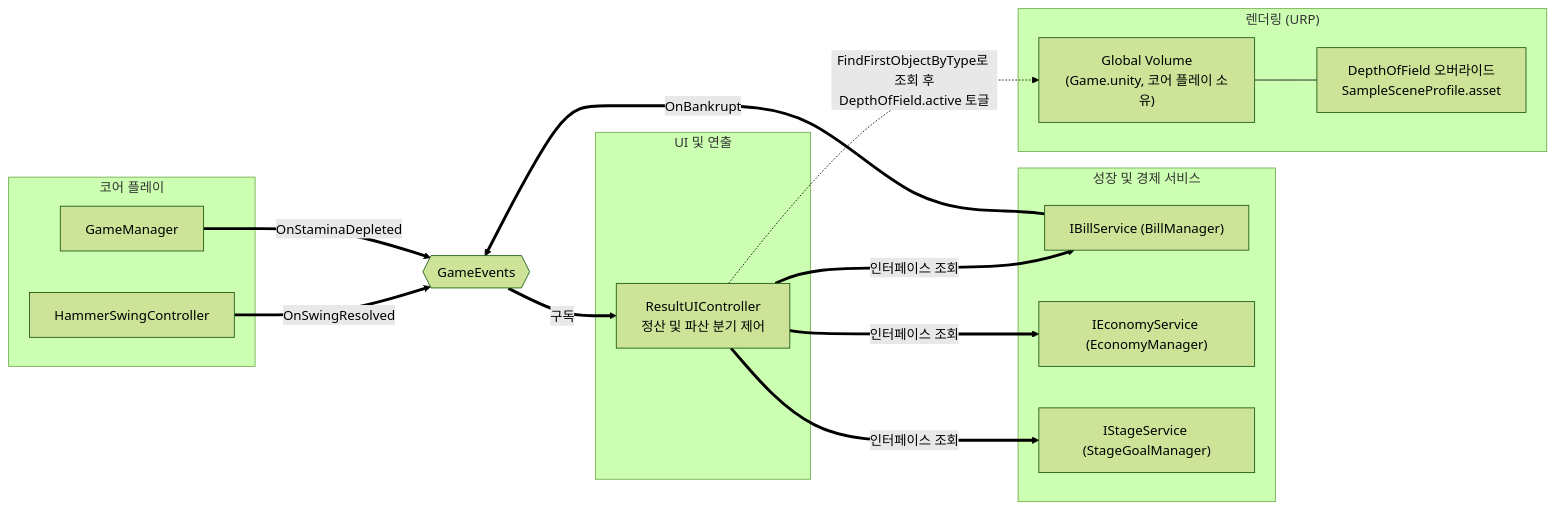
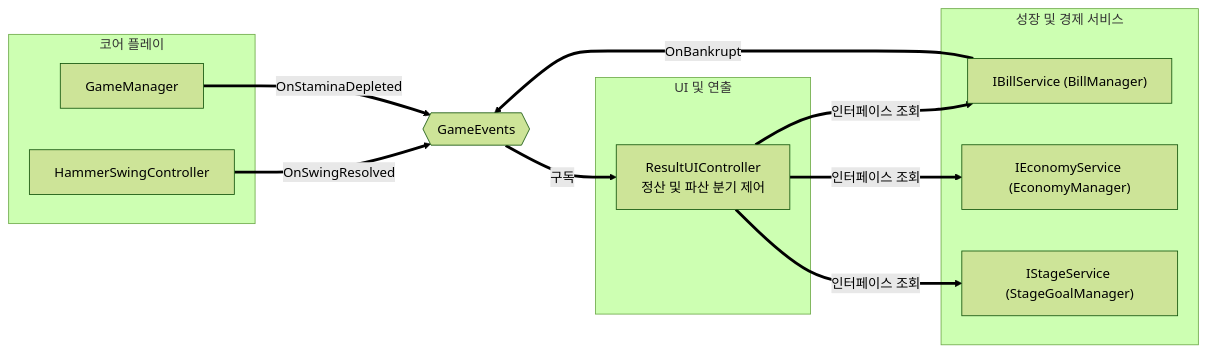
Before and after one commit to KDNA-Gwangju-1/NCAIClicker: the diagram in docs/TECH_NOTES/results.md, drawn with Mermaid (forest theme). The commit also changed other lines of this file and 33 other files, not shown here.

````diff
--- a/docs/TECH_NOTES/results.md
+++ b/docs/TECH_NOTES/results.md
@@ -26,35 +24,28 @@
 ```mermaid
 flowchart LR
   subgraph CorePlay["코어 플레이"]
     hammer[HammerSwingController]
     gm[GameManager]
   end
 
   subgraph GrowthEconomy["성장 및 경제 서비스"]
     bill["IBillService (BillManager)"]
     economy["IEconomyService (EconomyManager)"]
     stage["IStageService (StageGoalManager)"]
   end
 
   subgraph ResultUI["UI 및 연출"]
     controller[ResultUIController<br/>정산 및 파산 분기 제어]
   end
 
-  subgraph Rendering["렌더링 (URP)"]
-    volume["Global Volume<br/>(Game.unity, 코어 플레이 소유)"]
-    dof["DepthOfField 오버라이드<br/>SampleSceneProfile.asset"]
-  end
-
   events{{"GameEvents"}}
 
   hammer ==>|"OnSwingResolved"| events
   bill ==>|"OnBankrupt"| events
   gm ==>|"OnStaminaDepleted"| events
   events ==>|"구독"| controller
 
   controller ==>|"인터페이스 조회"| bill
   controller ==>|"인터페이스 조회"| economy
   controller ==>|"인터페이스 조회"| stage
-  controller -.->|"FindFirstObjectByType로 조회 후<br/>DepthOfField.active 토글"| volume
-  volume --- dof
 ```
````
